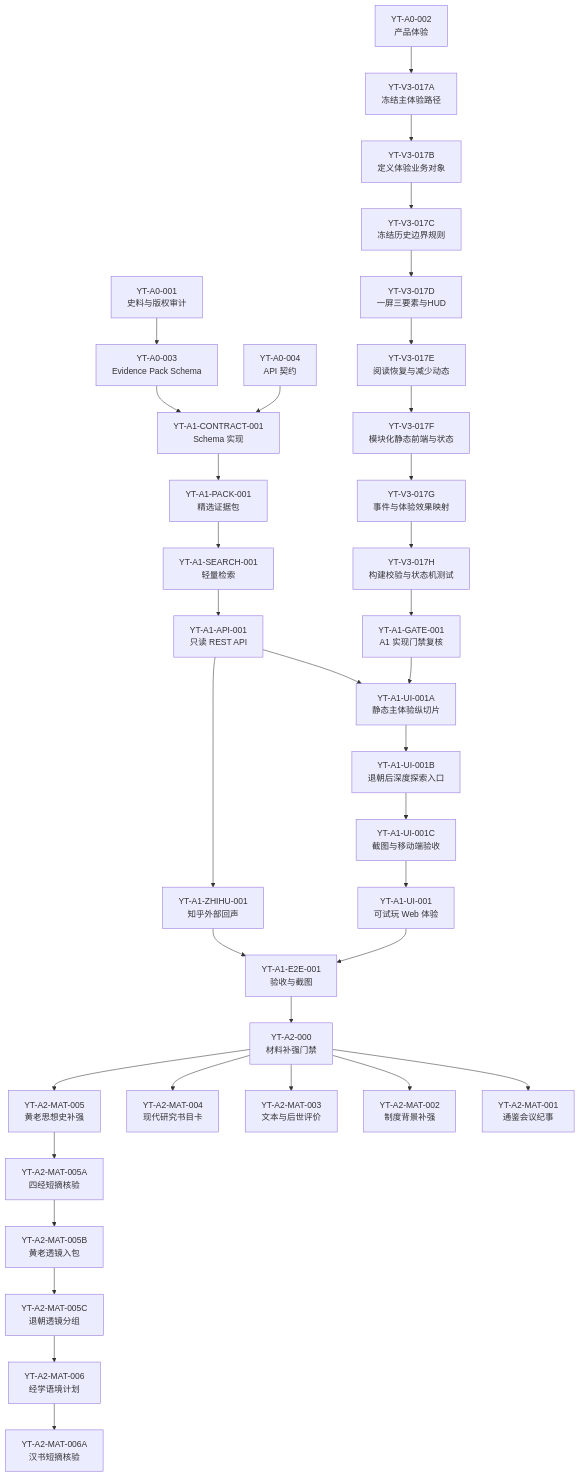
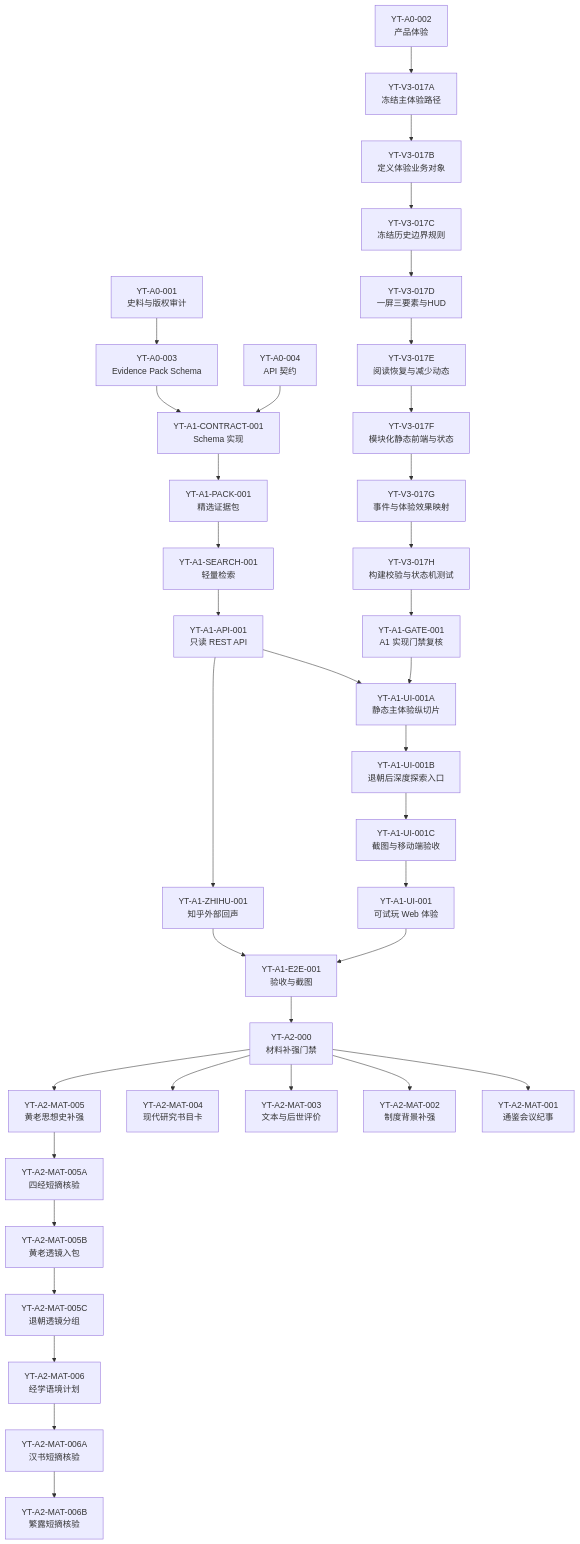
One commit to baijianqing/yantie-history changed the diagram in docs/YANTIE_TASK_BREAKDOWN.md. Above: the diagram before and after it, drawn with Mermaid. The commit also changed other lines of this file and 4 other files, not shown here.

````diff
--- a/docs/YANTIE_TASK_BREAKDOWN.md
+++ b/docs/YANTIE_TASK_BREAKDOWN.md
@@ -24,38 +24,39 @@
 ```mermaid
 flowchart TB
     A001["YT-A0-001<br/>史料与版权审计"] --> A003["YT-A0-003<br/>Evidence Pack Schema"]
     A002["YT-A0-002<br/>产品体验"]
     A003 --> C001["YT-A1-CONTRACT-001<br/>Schema 实现"]
     A004["YT-A0-004<br/>API 契约"] --> C001
     C001 --> P001["YT-A1-PACK-001<br/>精选证据包"]
     P001 --> S001["YT-A1-SEARCH-001<br/>轻量检索"]
     S001 --> API001["YT-A1-API-001<br/>只读 REST API"]
     API001 --> UI001A["YT-A1-UI-001A<br/>静态主体验纵切片"]
     UI001A --> UI001B["YT-A1-UI-001B<br/>退朝后深度探索入口"]
     UI001B --> UI001C["YT-A1-UI-001C<br/>截图与移动端验收"]
     UI001C --> UI001["YT-A1-UI-001<br/>可试玩 Web 体验"]
     API001 --> ZH001["YT-A1-ZHIHU-001<br/>知乎外部回声"]
     UI001 --> E2E001["YT-A1-E2E-001<br/>验收与截图"]
     ZH001 --> E2E001
     E2E001 --> A2000["YT-A2-000<br/>材料补强门禁"]
     A2000 --> A2MAT001["YT-A2-MAT-001<br/>通鉴会议纪事"]
     A2000 --> A2MAT002["YT-A2-MAT-002<br/>制度背景补强"]
     A2000 --> A2MAT003["YT-A2-MAT-003<br/>文本与后世评价"]
     A2000 --> A2MAT004["YT-A2-MAT-004<br/>现代研究书目卡"]
     A2000 --> A2MAT005["YT-A2-MAT-005<br/>黄老思想史补强"]
     A2MAT005 --> A2MAT005A["YT-A2-MAT-005A<br/>四经短摘核验"]
     A2MAT005A --> A2MAT005B["YT-A2-MAT-005B<br/>黄老透镜入包"]
     A2MAT005B --> A2MAT005C["YT-A2-MAT-005C<br/>退朝透镜分组"]
     A2MAT005C --> A2MAT006["YT-A2-MAT-006<br/>经学语境计划"]
     A2MAT006 --> A2MAT006A["YT-A2-MAT-006A<br/>汉书短摘核验"]
+    A2MAT006A --> A2MAT006B["YT-A2-MAT-006B<br/>繁露短摘核验"]
     A002 --> V3017A["YT-V3-017A<br/>冻结主体验路径"]
     V3017A --> V3017B["YT-V3-017B<br/>定义体验业务对象"]
     V3017B --> V3017C["YT-V3-017C<br/>冻结历史边界规则"]
     V3017C --> V3017D["YT-V3-017D<br/>一屏三要素与HUD"]
     V3017D --> V3017E["YT-V3-017E<br/>阅读恢复与减少动态"]
     V3017E --> V3017F["YT-V3-017F<br/>模块化静态前端与状态"]
     V3017F --> V3017G["YT-V3-017G<br/>事件与体验效果映射"]
     V3017G --> V3017H["YT-V3-017H<br/>构建校验与状态机测试"]
     V3017H --> GATE001["YT-A1-GATE-001<br/>A1 实现门禁复核"]
     GATE001 --> UI001A
 ```
````
